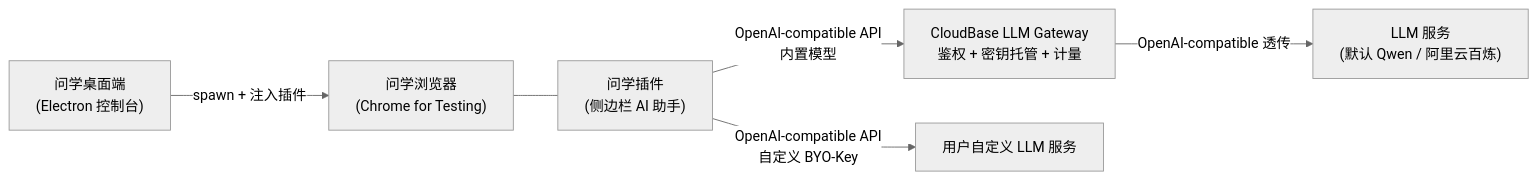
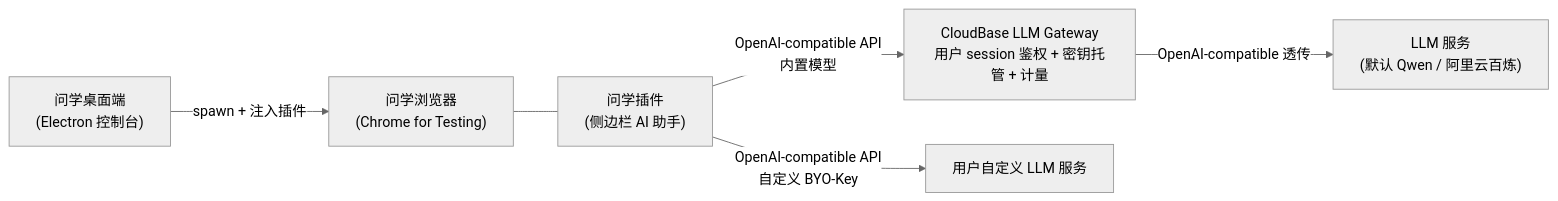
The first of 2 diagrams in .project.agents/docs/context/PRD.md (SmartSunruiyang/WenXue), drawn with Mermaid (neutral theme) before and after one commit. The commit also changed other lines of this file and 105 other files, not shown here.

````diff
--- a/.project.agents/docs/context/PRD.md
+++ b/.project.agents/docs/context/PRD.md
@@ -40,8 +40,8 @@
 ```mermaid
 flowchart LR
     A["问学桌面端<br/>(Electron 控制台)"] -- "spawn + 注入插件" --> B["问学浏览器<br/>(Chrome for Testing)"]
     B --- C["问学插件<br/>(侧边栏 AI 助手)"]
-    C -- "OpenAI-compatible API<br/>内置模型" --> G["CloudBase LLM Gateway<br/>鉴权 + 密钥托管 + 计量"]
+    C -- "OpenAI-compatible API<br/>内置模型" --> G["CloudBase LLM Gateway<br/>用户 session 鉴权 + 密钥托管 + 计量"]
     G -- "OpenAI-compatible 透传" --> D["LLM 服务<br/>(默认 Qwen / 阿里云百炼)"]
     C -- "OpenAI-compatible API<br/>自定义 BYO-Key" --> E["用户自定义 LLM 服务"]
 ```
````
